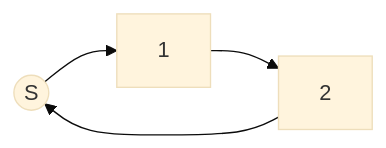
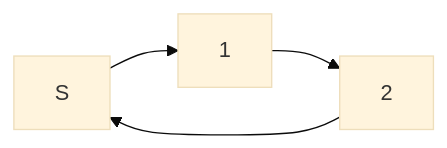
One commit to MMarchand-NSI/MMarchand-NSI.github.io changed the first of 3 diagrams in docs/terminale/structures-de-donnees/listes/liste.md. Above: the diagram before and after it, drawn with Mermaid (base theme). The commit also changed other lines of this file and 1 other file, not shown here.

````diff
--- a/docs/terminale/structures-de-donnees/listes/liste.md
+++ b/docs/terminale/structures-de-donnees/listes/liste.md
@@ -32,4 +32,4 @@
 ```mermaid
 graph LR
-  S(("S")) --> m1["1"] --> m2["2"] --> S
+  S["S"] --> m1["1"] --> m2["2"] --> S
 ```
````
